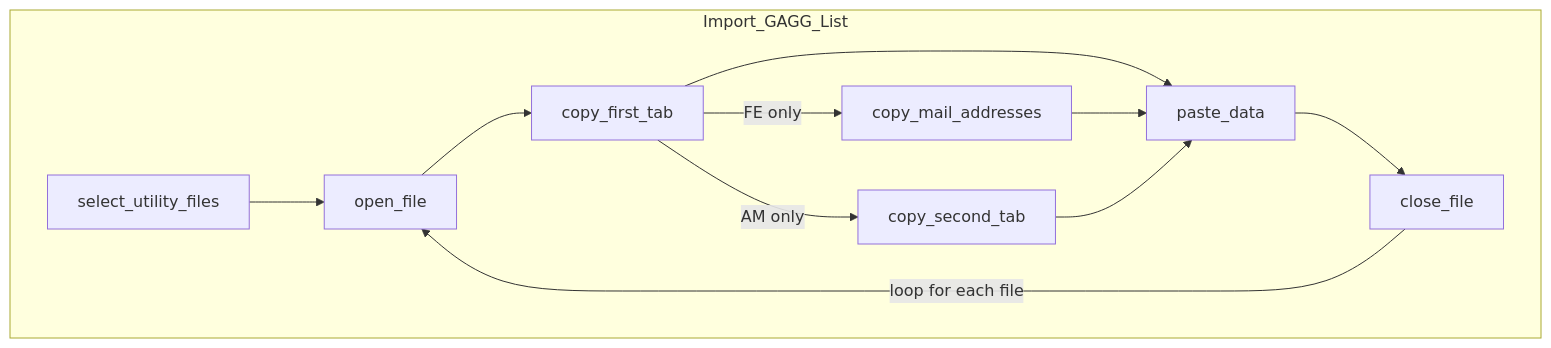
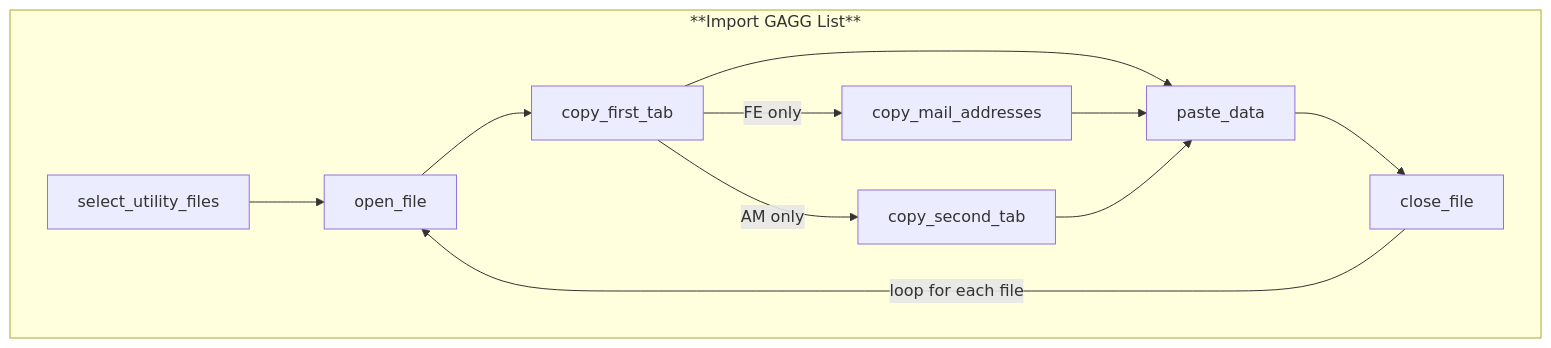
One commit to vistra-muniagg/List-Management-Tool changed the second of 3 diagrams in DIAGRAMS.md. Above: the diagram before and after it, drawn with Mermaid. The commit also changed other lines of this file, not shown here.

First line of the commit message:
Refactor diagram labels in DIAGRAMS.md

````diff
--- a/DIAGRAMS.md
+++ b/DIAGRAMS.md
@@ -54,17 +53,17 @@
 ```mermaid
 
 graph TD
 
-    subgraph Import_GAGG_List
+    subgraph Import_GAGG_List["**Import GAGG List**"]
     direction LR
         select_utility_files --> open_file
         open_file --> copy_first_tab
         copy_first_tab --> paste_data
         copy_first_tab -->|"FE only"| copy_mail_addresses
         copy_first_tab -->|"AM only"| copy_second_tab
         copy_mail_addresses --> paste_data
         copy_second_tab --> paste_data
         close_file -->|"loop for each file"| open_file
         paste_data --> close_file
     end
 ```
````
